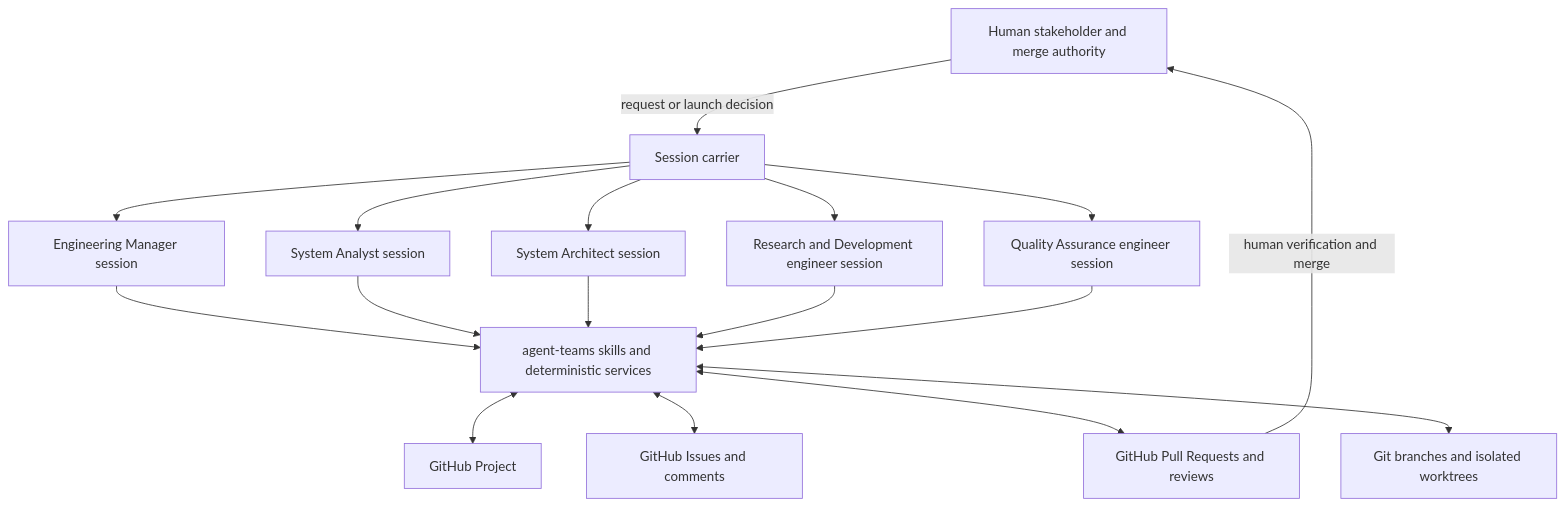
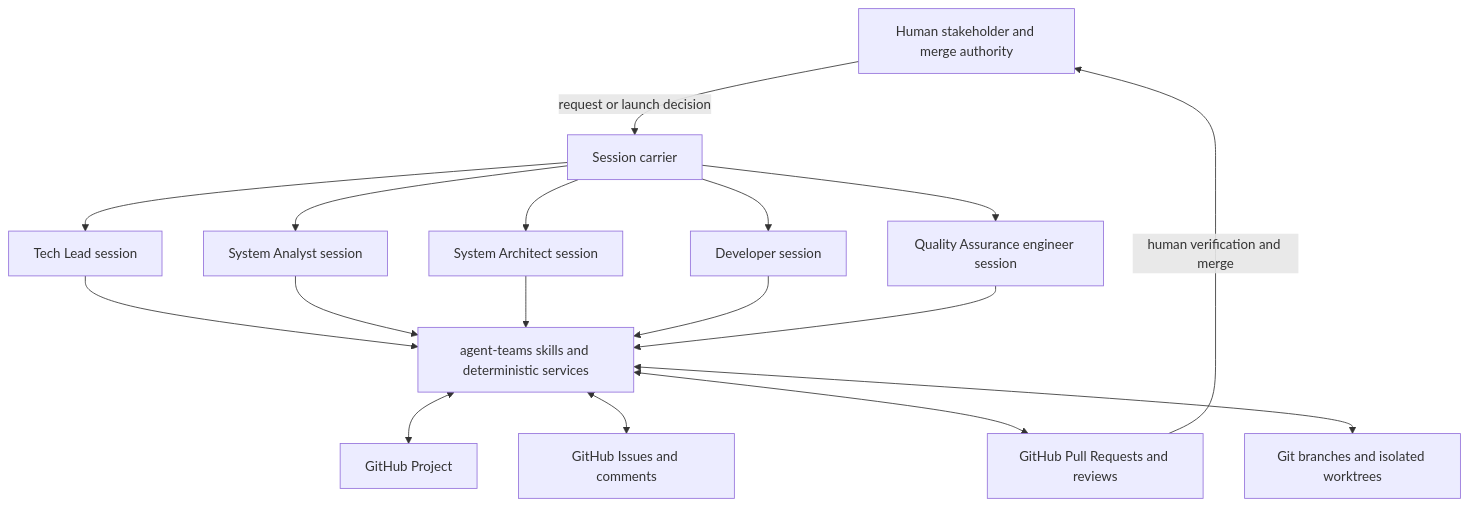
Before and after one commit to joanne-09/agent-teams: the first of 3 diagrams in docs/ARCHITECTURE.md, drawn with Mermaid. The commit also changed other lines of this file and 22 other files, not shown here.

````diff
--- a/docs/ARCHITECTURE.md
+++ b/docs/ARCHITECTURE.md
@@ -47,35 +47,35 @@
 ```mermaid
 flowchart TB
     Stakeholder[Human stakeholder and merge authority]
     Carrier[Session carrier]
-    Manager[Engineering Manager session]
+    Manager[Tech Lead session]
     Analyst[System Analyst session]
     Architect[System Architect session]
-    Development[Research and Development engineer session]
+    Development[Developer session]
     Quality[Quality Assurance engineer session]
     AgentTeams[agent-teams skills and deterministic services]
     Project[GitHub Project]
     Issues[GitHub Issues and comments]
     PullRequests[GitHub Pull Requests and reviews]
     Git[Git branches and isolated worktrees]
 
     Stakeholder -->|request or launch decision| Carrier
     Carrier --> Manager
     Carrier --> Analyst
     Carrier --> Architect
     Carrier --> Development
     Carrier --> Quality
 
     Manager --> AgentTeams
     Analyst --> AgentTeams
     Architect --> AgentTeams
     Development --> AgentTeams
     Quality --> AgentTeams
 
     AgentTeams <--> Project
     AgentTeams <--> Issues
     AgentTeams <--> PullRequests
     AgentTeams <--> Git
 
     PullRequests -->|human verification and merge| Stakeholder
 ```
````
